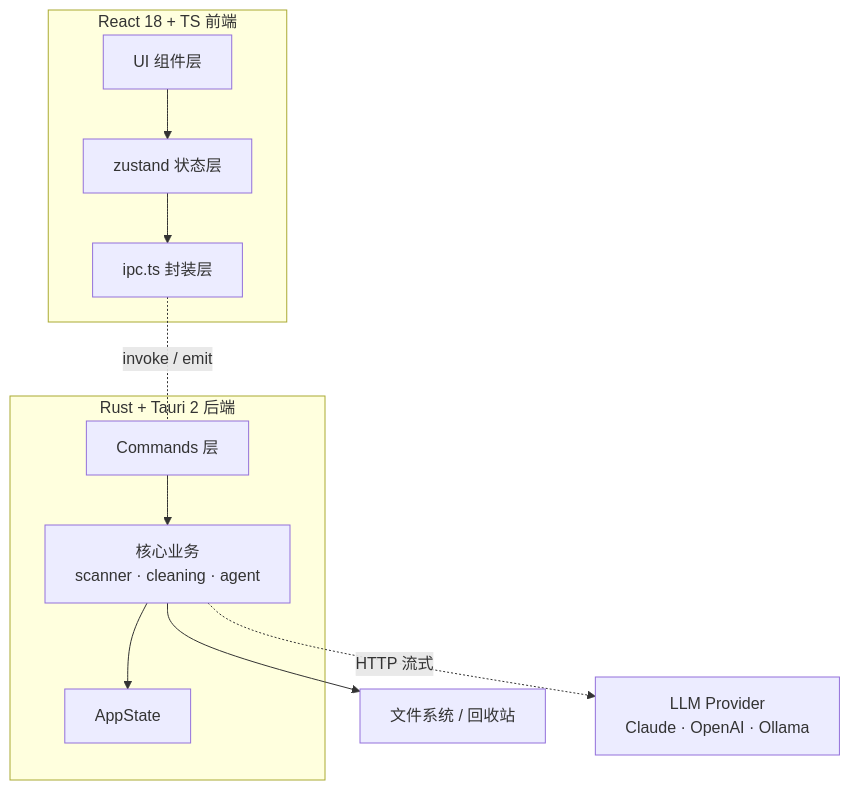
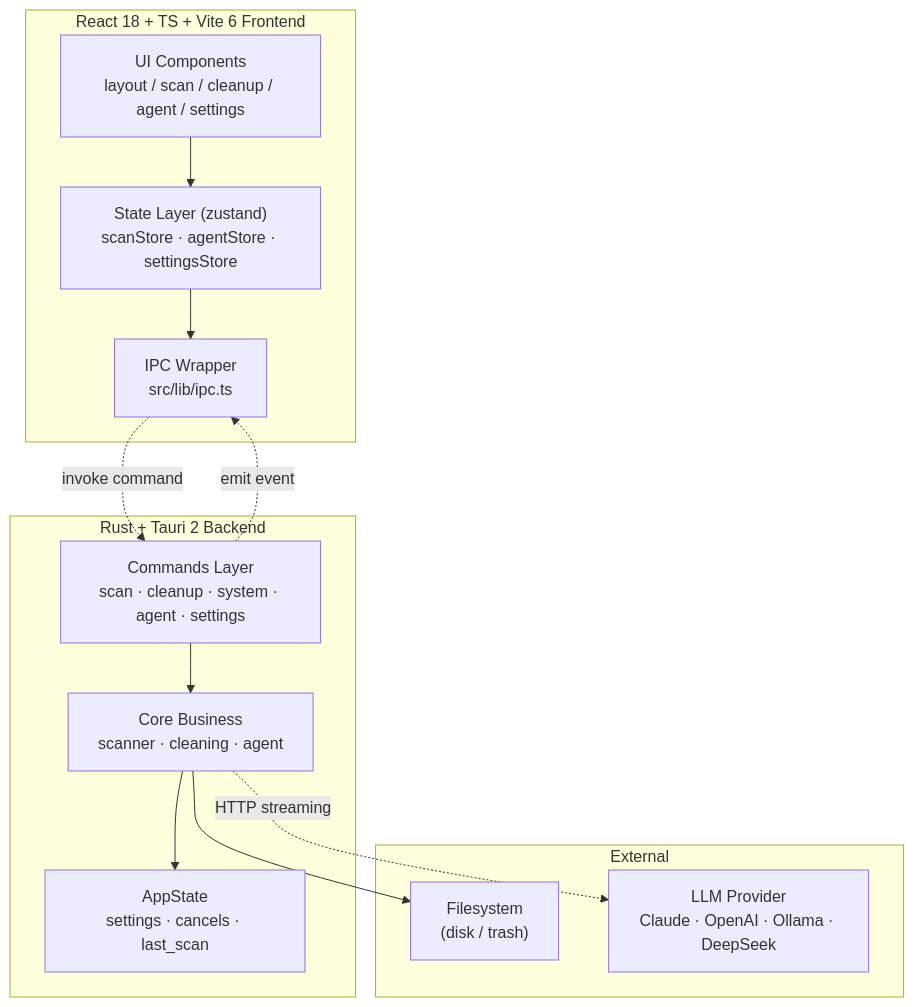
One commit to appergb/TrueClean changed the diagram in README.md. Above: the diagram before and after it, drawn with Mermaid. The commit also changed other lines of this file and 1 other file, not shown here.

````diff
--- a/README.md
+++ b/README.md
@@ -57,14 +103,26 @@
 ```mermaid
 graph TB
-    subgraph Frontend["React 18 + TS 前端"]
-        UI["UI 组件层"] --> Stores["zustand 状态层"]
-        Stores --> IPC["ipc.ts 封装层"]
+    subgraph Frontend["React 18 + TS + Vite 6 Frontend"]
+        UI["UI Components<br/>layout / scan / cleanup / agent / settings"]
+        Stores["State Layer (zustand)<br/>scanStore · agentStore · settingsStore"]
+        IPC["IPC Wrapper<br/>src/lib/ipc.ts"]
     end
-    subgraph Backend["Rust + Tauri 2 后端"]
-        Cmds["Commands 层"] --> Core["核心业务<br/>scanner · cleaning · agent"]
-        Core --> State["AppState"]
+    subgraph Backend["Rust + Tauri 2 Backend"]
+        Cmds["Commands Layer<br/>scan · cleanup · system · agent · settings"]
+        Core["Core Business<br/>scanner · cleaning · agent"]
+        State["AppState<br/>settings · cancels · last_scan"]
     end
-    IPC -. "invoke / emit" .- Cmds
-    Core --> FS["文件系统 / 回收站"]
-    Core -. "HTTP 流式" .-> LLM["LLM Provider<br/>Claude · OpenAI · Ollama"]
+    subgraph External["External"]
+        FS["Filesystem<br/>(disk / trash)"]
+        LLM["LLM Provider<br/>Claude · OpenAI · Ollama · DeepSeek"]
+    end
+
+    UI --> Stores
+    Stores --> IPC
+    IPC -. "invoke command" .-> Cmds
+    Cmds -. "emit event" .-> IPC
+    Cmds --> Core
+    Core --> State
+    Core --> FS
+    Core -. "HTTP streaming" .-> LLM
 ```
````
